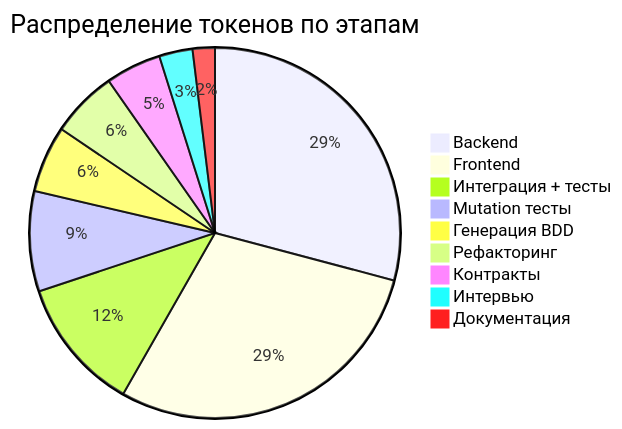
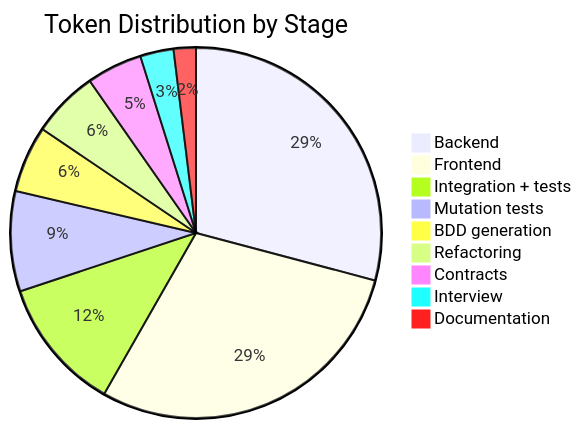
One commit to ad3002/masters-course-2025-vibe-coding changed diagram 13 of 13 in materials/workshop3.md. Above: the diagram before and after it, drawn with Mermaid. The commit also changed other lines of this file, not shown here.

````diff
--- a/materials/workshop3.md
+++ b/materials/workshop3.md
@@ -697,12 +697,12 @@
 ```mermaid
-pie title Распределение токенов по этапам
+pie title Token Distribution by Stage
     "Backend" : 30
     "Frontend" : 30
-    "Интеграция + тесты" : 12
-    "Mutation тесты" : 9
-    "Генерация BDD" : 6
-    "Рефакторинг" : 6
-    "Контракты" : 5
-    "Интервью" : 3
-    "Документация" : 2
+    "Integration + tests" : 12
+    "Mutation tests" : 9
+    "BDD generation" : 6
+    "Refactoring" : 6
+    "Contracts" : 5
+    "Interview" : 3
+    "Documentation" : 2
 ```
````
